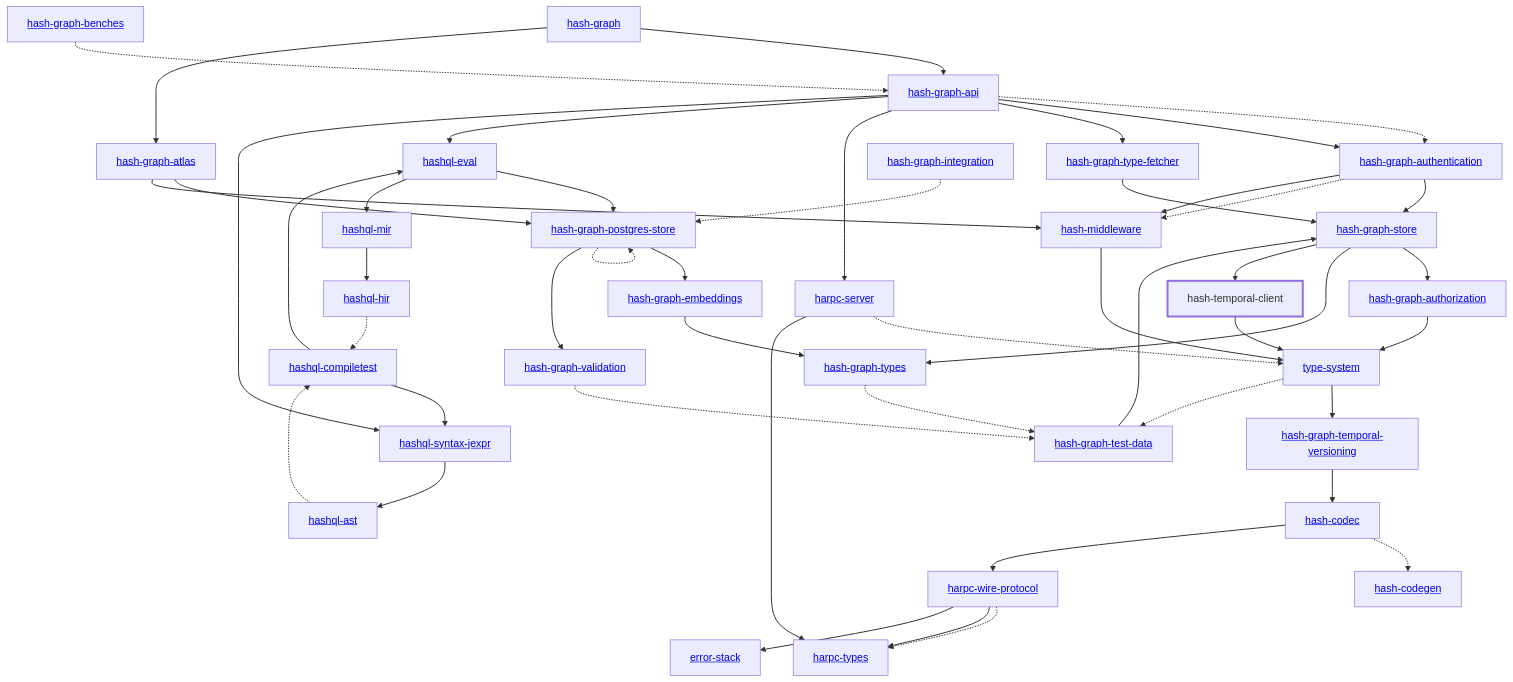
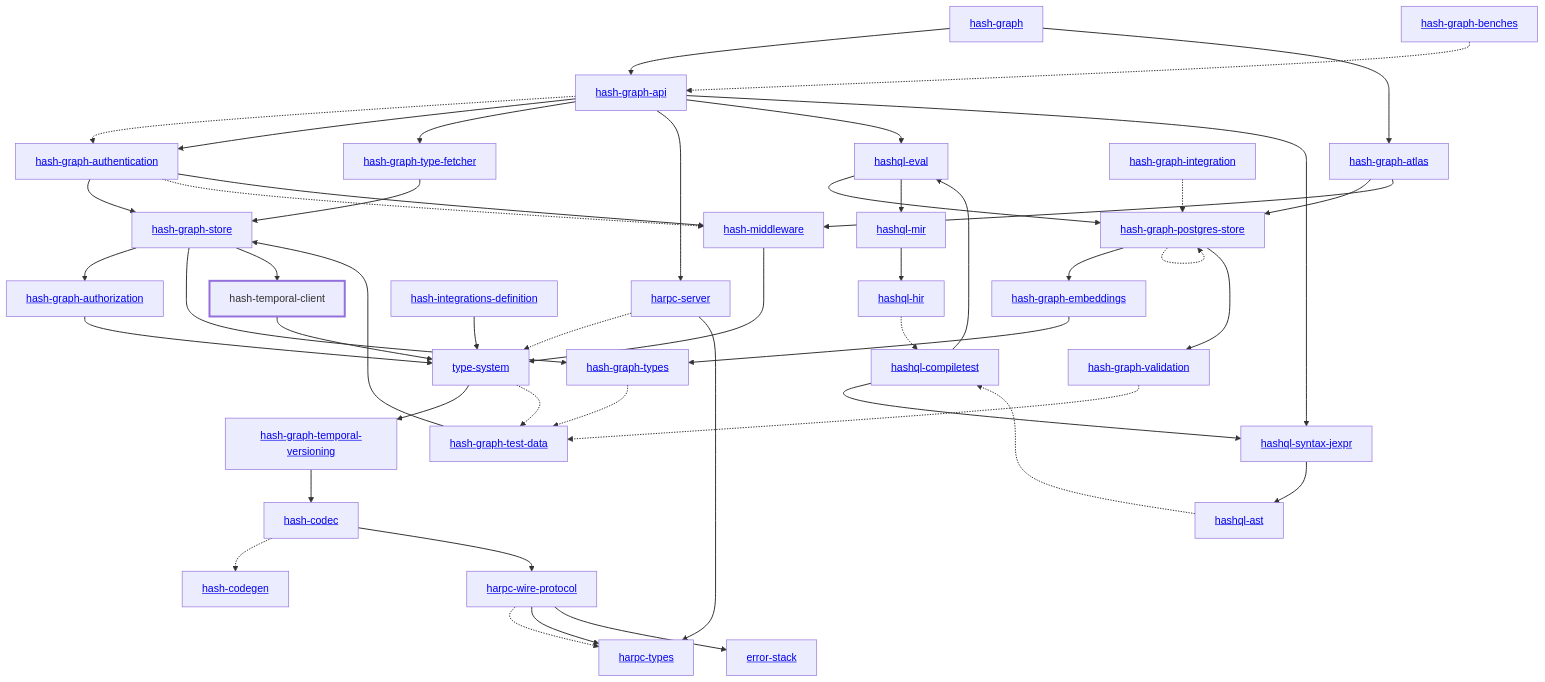
Before and after one commit to hashintel/hash: the diagram in libs/@local/temporal-client/docs/dependency-diagram.mmd, drawn with Mermaid. The commit also changed 21 other files, not shown here.

```diff
--- a/libs/@local/temporal-client/docs/dependency-diagram.mmd
+++ b/libs/@local/temporal-client/docs/dependency-diagram.mmd
@@ -1,88 +1,90 @@
 graph TD
     linkStyle default stroke-width:1.5px
     classDef default stroke-width:1px
     classDef root stroke-width:3px
     classDef dev stroke-width:1px
     classDef build stroke-width:1px
     %% Legend
     %% --> : Normal dependency
     %% -.-> : Dev dependency
     %% ---> : Build dependency
     0[<a href="../hash_graph/index.html">hash-graph</a>]
     1[<a href="../type_system/index.html">type-system</a>]
     2[<a href="../hash_codec/index.html">hash-codec</a>]
     3[<a href="../hash_codegen/index.html">hash-codegen</a>]
     4[<a href="../hash_graph_api/index.html">hash-graph-api</a>]
     5[<a href="../hash_graph_atlas/index.html">hash-graph-atlas</a>]
     6[<a href="../hash_graph_authentication/index.html">hash-graph-authentication</a>]
     7[<a href="../hash_graph_authorization/index.html">hash-graph-authorization</a>]
     8[<a href="../hash_graph_embeddings/index.html">hash-graph-embeddings</a>]
     9[<a href="../hash_graph_postgres_store/index.html">hash-graph-postgres-store</a>]
     10[<a href="../hash_graph_store/index.html">hash-graph-store</a>]
     11[<a href="../hash_graph_temporal_versioning/index.html">hash-graph-temporal-versioning</a>]
     12[<a href="../hash_graph_type_fetcher/index.html">hash-graph-type-fetcher</a>]
     13[<a href="../hash_graph_types/index.html">hash-graph-types</a>]
     14[<a href="../hash_graph_validation/index.html">hash-graph-validation</a>]
     15[<a href="../harpc_server/index.html">harpc-server</a>]
     16[<a href="../harpc_types/index.html">harpc-types</a>]
     17[<a href="../harpc_wire_protocol/index.html">harpc-wire-protocol</a>]
     18[<a href="../hashql_ast/index.html">hashql-ast</a>]
     19[<a href="../hashql_compiletest/index.html">hashql-compiletest</a>]
     20[<a href="../hashql_eval/index.html">hashql-eval</a>]
     21[<a href="../hashql_hir/index.html">hashql-hir</a>]
     22[<a href="../hashql_mir/index.html">hashql-mir</a>]
     23[<a href="../hashql_syntax_jexpr/index.html">hashql-syntax-jexpr</a>]
-    24[<a href="../hash_middleware/index.html">hash-middleware</a>]
-    25[hash-temporal-client]
-    class 25 root
-    26[<a href="../error_stack/index.html">error-stack</a>]
-    27[<a href="../hash_graph_benches/index.html">hash-graph-benches</a>]
-    28[<a href="../hash_graph_integration/index.html">hash-graph-integration</a>]
-    29[<a href="../hash_graph_test_data/index.html">hash-graph-test-data</a>]
+    24[<a href="../hash_integrations_definition/index.html">hash-integrations-definition</a>]
+    25[<a href="../hash_middleware/index.html">hash-middleware</a>]
+    26[hash-temporal-client]
+    class 26 root
+    27[<a href="../error_stack/index.html">error-stack</a>]
+    28[<a href="../hash_graph_benches/index.html">hash-graph-benches</a>]
+    29[<a href="../hash_graph_integration/index.html">hash-graph-integration</a>]
+    30[<a href="../hash_graph_test_data/index.html">hash-graph-test-data</a>]
     0 --> 4
     0 --> 5
     1 --> 11
-    1 -.-> 29
+    1 -.-> 30
     2 -.-> 3
     2 --> 17
     4 -.-> 6
     4 --> 6
     4 --> 12
     4 --> 15
     4 --> 20
     4 --> 23
     5 --> 9
-    5 --> 24
+    5 --> 25
     6 --> 10
-    6 -.-> 24
-    6 --> 24
+    6 -.-> 25
+    6 --> 25
     7 --> 1
     8 --> 13
     9 --> 8
     9 -.-> 9
     9 --> 14
     10 --> 7
     10 --> 13
-    10 --> 25
+    10 --> 26
     11 --> 2
     12 --> 10
-    13 -.-> 29
-    14 -.-> 29
+    13 -.-> 30
+    14 -.-> 30
     15 -.-> 1
     15 --> 16
     17 -.-> 16
     17 --> 16
-    17 --> 26
+    17 --> 27
     18 -.-> 19
     19 --> 20
     19 --> 23
     20 --> 9
     20 --> 22
     21 -.-> 19
     22 --> 21
     23 --> 18
     24 --> 1
     25 --> 1
-    27 -.-> 4
-    28 -.-> 9
-    29 --> 10
+    26 --> 1
+    28 -.-> 4
+    29 -.-> 9
+    30 --> 10
```
